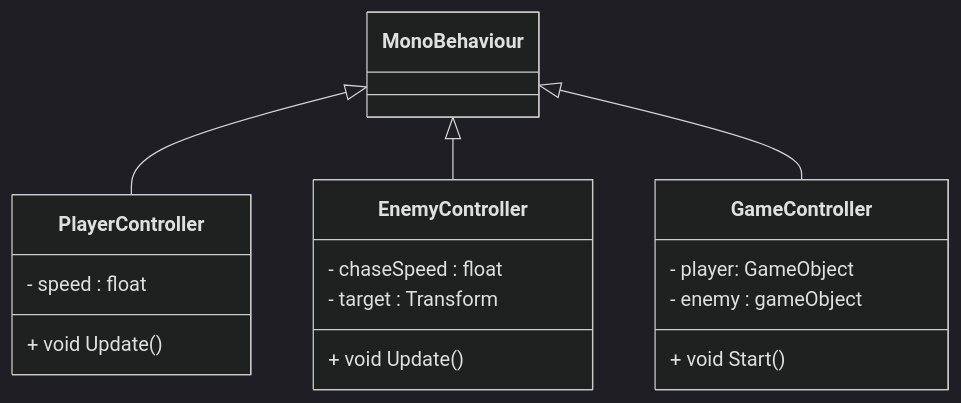
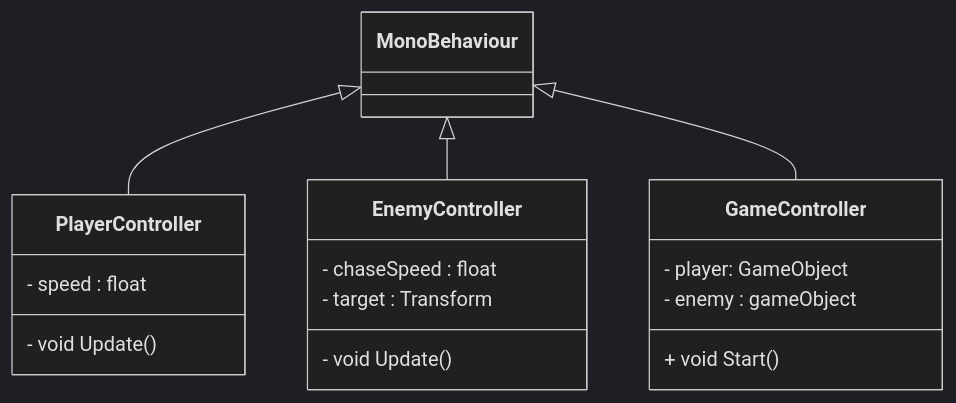
One commit to 4ahmns-sosem-2324/16-mermaid-mzaglmayr changed the diagram in README.md. Above: the diagram before and after it, drawn with Mermaid (dark theme).

````diff
--- a/README.md
+++ b/README.md
@@ -2,22 +2,22 @@
 ```mermaid
 classDiagram
     MonoBehaviour <|-- PlayerController
     MonoBehaviour <|-- EnemyController
     MonoBehaviour <|-- GameController
  
     class GameController {
         - player: GameObject
         - enemy : gameObject
         + void Start()
     }
     class PlayerController {
         - speed : float
-        + void Update()
+        - void Update()
     }
  
     class EnemyController {
         - chaseSpeed : float
         - target : Transform
-        + void Update()
+        - void Update()
     }
 ```
````
